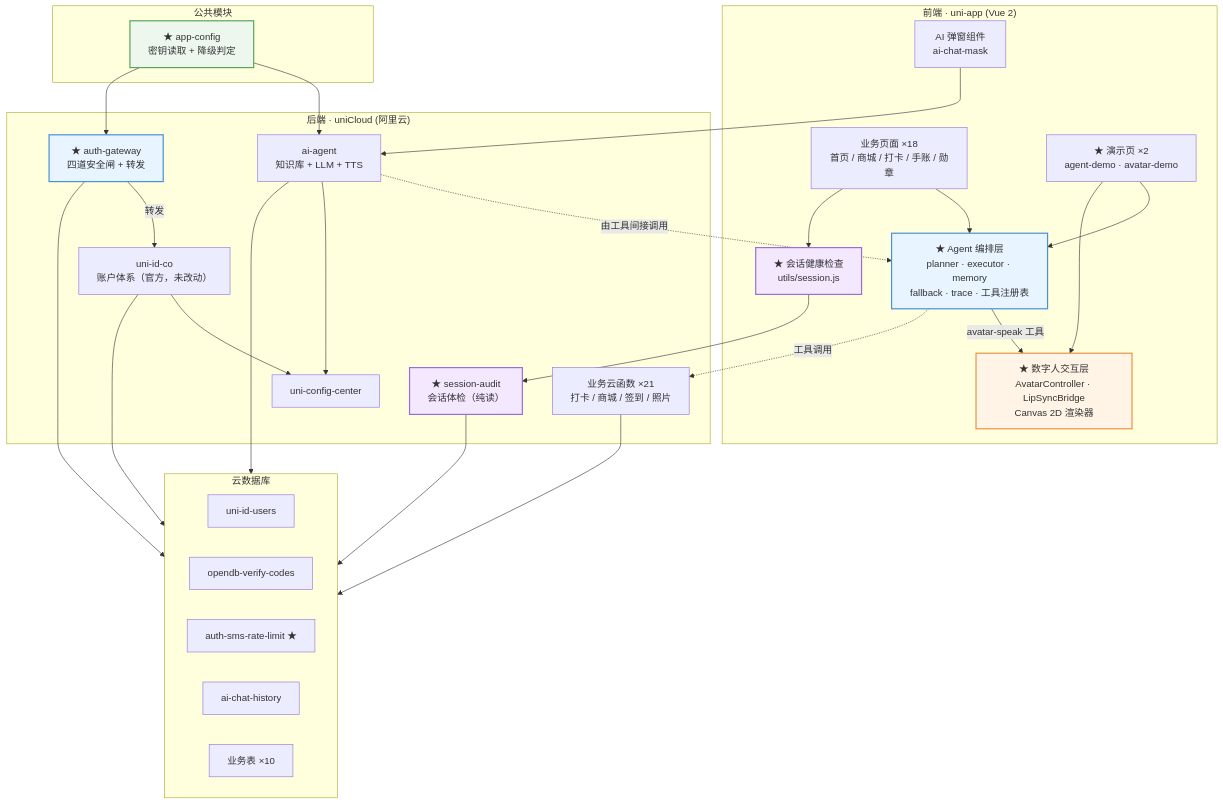
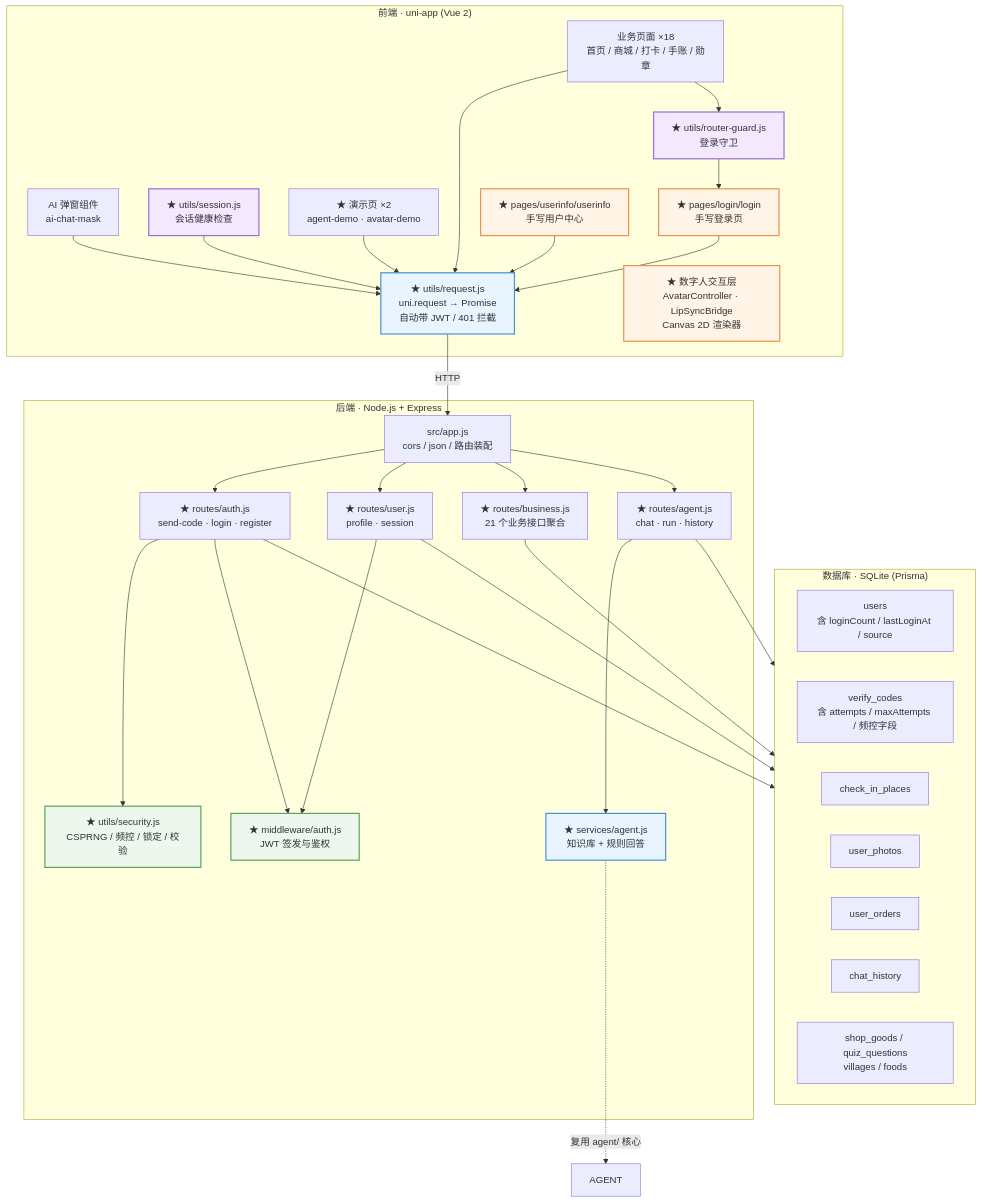
One commit to Charlene0000/Taste-of-Villages changed the diagram in README.md. Above: the diagram before and after it, drawn with Mermaid. The commit also changed other lines of this file and 391 other files, not shown here.

First line of the commit message:
Sprint 5: 脱离 uniCloud + 搭建真实 HTTP 后端（前后端分离重构）

````diff
--- a/README.md
+++ b/README.md
@@ -50,59 +80,71 @@
 ```mermaid
 graph TB
     subgraph Client["前端 · uni-app (Vue 2)"]
         UI["业务页面 ×18<br/>首页 / 商城 / 打卡 / 手账 / 勋章"]
         AIUI["AI 弹窗组件<br/>ai-chat-mask"]
-        AGENT["★ Agent 编排层<br/>planner · executor · memory<br/>fallback · trace · 工具注册表"]
+        REQ["★ utils/request.js<br/>uni.request → Promise<br/>自动带 JWT / 401 拦截"]
+        GUARD["★ utils/router-guard.js<br/>登录守卫"]
+        SESS["★ utils/session.js<br/>会话健康检查"]
         AVA["★ 数字人交互层<br/>AvatarController · LipSyncBridge<br/>Canvas 2D 渲染器"]
-        SESS["★ 会话健康检查<br/>utils/session.js"]
         DEMO["★ 演示页 ×2<br/>agent-demo · avatar-demo"]
+        LOGIN["★ pages/login/login<br/>手写登录页"]
+        USERINFO["★ pages/userinfo/userinfo<br/>手写用户中心"]
     end
 
-    subgraph Common["公共模块"]
-        CFG["★ app-config<br/>密钥读取 + 降级判定"]
+    subgraph Server["后端 · Node.js + Express"]
+        APP["src/app.js<br/>cors / json / 路由装配"]
+        AUTH["★ routes/auth.js<br/>send-code · login · register"]
+        USER["★ routes/user.js<br/>profile · session"]
+        BIZ["★ routes/business.js<br/>21 个业务接口聚合"]
+        AGENTR["★ routes/agent.js<br/>chat · run · history"]
+        GUARDS["★ utils/security.js<br/>CSPRNG / 频控 / 锁定 / 校验"]
+        JWT["★ middleware/auth.js<br/>JWT 签发与鉴权"]
+        AGSVC["★ services/agent.js<br/>知识库 + 规则回答"]
     end
 
-    subgraph Cloud["后端 · uniCloud (阿里云)"]
-        UID["uni-id-co<br/>账户体系（官方，未改动）"]
-        GATE["★ auth-gateway<br/>四道安全闸 + 转发"]
-        AUDIT["★ session-audit<br/>会话体检（纯读）"]
-        AGENTCF["ai-agent<br/>知识库 + LLM + TTS"]
-        BIZ["业务云函数 ×21<br/>打卡 / 商城 / 签到 / 照片"]
-        CENTER["uni-config-center"]
+    subgraph DB["数据库 · SQLite (Prisma)"]
+        T1["users<br/>含 loginCount / lastLoginAt / source"]
+        T2["verify_codes<br/>含 attempts / maxAttempts / 频控字段"]
+        T3["check_in_places"]
+        T4["user_photos"]
+        T5["user_orders"]
+        T6["chat_history"]
+        T7["shop_goods / quiz_questions<br/>villages / foods"]
     end
 
-    subgraph DB["云数据库"]
-        T1["uni-id-users"]
-        T2["opendb-verify-codes"]
-        T3["auth-sms-rate-limit ★"]
-        T4["ai-chat-history"]
-        T5["业务表 ×10"]
-    end
+    UI --> REQ
+    LOGIN --> REQ
+    USERINFO --> REQ
+    AIUI --> REQ
+    DEMO --> REQ
+    SESS --> REQ
+    UI --> GUARD
+    GUARD --> LOGIN
 
-    UI --> AGENT
-    DEMO --> AGENT
-    DEMO --> AVA
-    AGENT -->|avatar-speak 工具| AVA
-    AGENT -.->|工具调用| BIZ
-    UI --> SESS
-    SESS --> AUDIT
-    AGENTCF -.->|由工具间接调用| AGENT
-    AIUI --> AGENTCF
-    CFG --> AGENTCF
-    CFG --> GATE
-    UID --> CENTER
-    AGENTCF --> CENTER
-    GATE -->|转发| UID
-    UID --> DB
-    GATE --> DB
-    AUDIT --> DB
-    AGENTCF --> DB
+    REQ -->|HTTP| APP
+    APP --> AUTH
+    APP --> USER
+    APP --> BIZ
+    APP --> AGENTR
+
+    AUTH --> GUARDS
+    AUTH --> JWT
+    USER --> JWT
+    AGENTR --> AGSVC
+
+    AUTH --> DB
+    USER --> DB
     BIZ --> DB
+    AGENTR --> DB
+    AGSVC -.->|复用 agent/ 核心| AGENT
 
-    style AGENT fill:#e8f4ff,stroke:#4a90d9,stroke-width:2px
+    style REQ fill:#e8f4ff,stroke:#4a90d9,stroke-width:2px
+    style GUARD fill:#f4e8ff,stroke:#9b6dd9,stroke-width:2px
+    style SESS fill:#f4e8ff,stroke:#9b6dd9,stroke-width:2px
     style AVA fill:#fff4e6,stroke:#e8944a,stroke-width:2px
-    style CFG fill:#eef7ee,stroke:#5aa55a,stroke-width:2px
-    style GATE fill:#e8f4ff,stroke:#4a90d9,stroke-width:2px
-    style AUDIT fill:#f4e8ff,stroke:#9b6dd9,stroke-width:2px
-    style SESS fill:#f4e8ff,stroke:#9b6dd9,stroke-width:2px
+    style GUARDS fill:#eef7ee,stroke:#5aa55a,stroke-width:2px
+    style JWT fill:#eef7ee,stroke:#5aa55a,stroke-width:2px
+    style AGSVC fill:#e8f4ff,stroke:#4a90d9,stroke-width:2px
+    style LOGIN fill:#fff4e6,stroke:#e8944a,stroke-width:2px
+    style USERINFO fill:#fff4e6,stroke:#e8944a,stroke-width:2px
 ```
````
